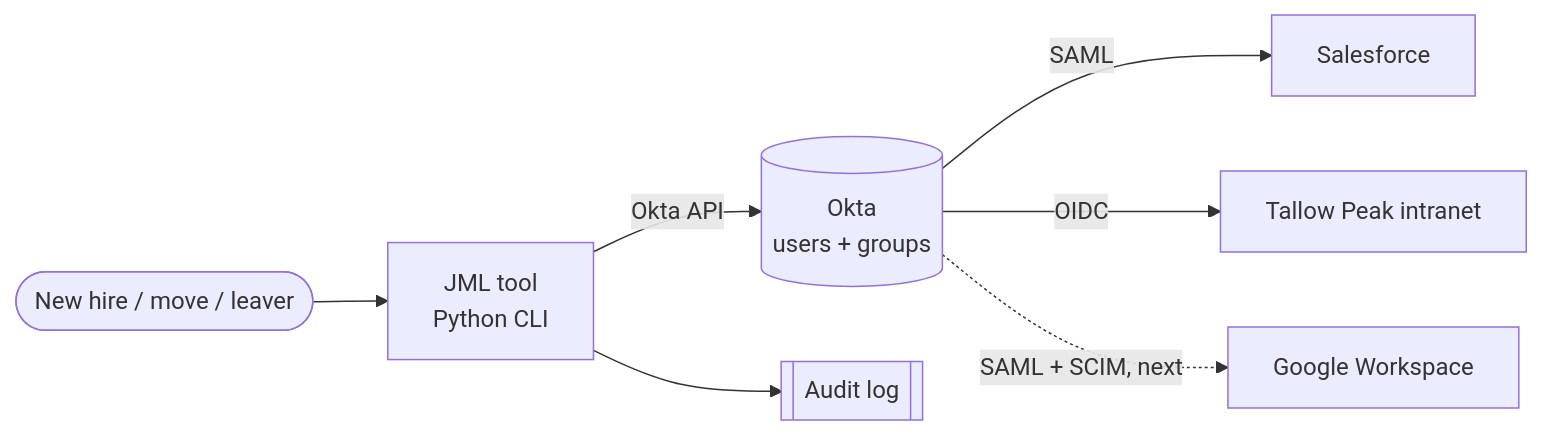
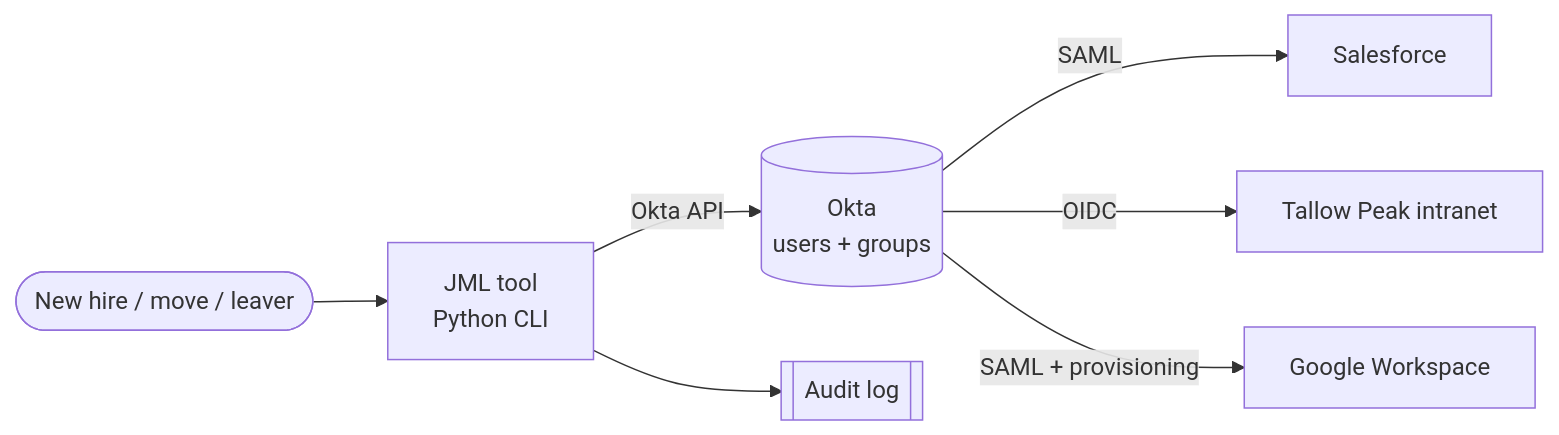
One commit to f10und3r/startup-it-lab changed the diagram in phase1-identity/README.md. Above: the diagram before and after it, drawn with Mermaid. The commit also changed other lines of this file and 1 other file, not shown here.

Commit message:
README: Google Workspace SSO and provisioning progress

````diff
--- a/phase1-identity/README.md
+++ b/phase1-identity/README.md
@@ -29,9 +31,9 @@
 ```mermaid
 flowchart LR
     HR([New hire / move / leaver]) --> JML[JML tool<br/>Python CLI]
     JML -- Okta API --> OKTA[(Okta<br/>users + groups)]
     OKTA -- SAML --> SF[Salesforce]
     OKTA -- OIDC --> INTRA[Tallow Peak intranet]
-    OKTA -. SAML + SCIM, next .-> GWS[Google Workspace]
+    OKTA -- SAML + provisioning --> GWS[Google Workspace]
     JML --> LOG[[Audit log]]
 ```
````
